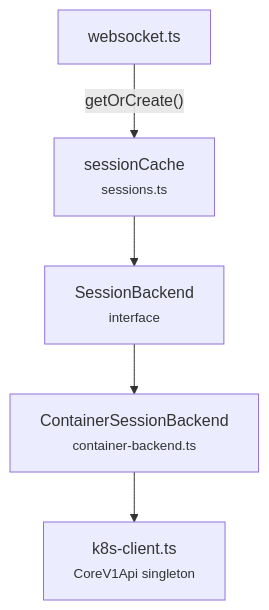
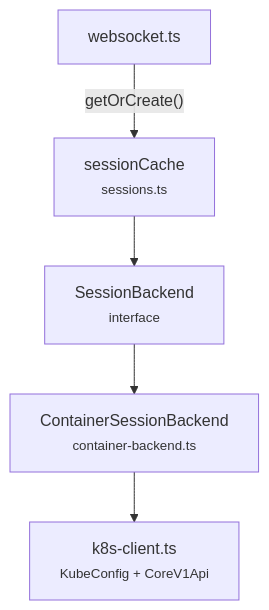
The third of 4 diagrams in docs/architecture/websocket-sessions.md (sigilmakes/goldilocks-app), drawn with Mermaid before and after one commit. The commit also changed other lines of this file and 11 other files, not shown here.

First line of the commit message:
docs: update all docs for k8s-only architecture

````diff
--- a/docs/architecture/websocket-sessions.md
+++ b/docs/architecture/websocket-sessions.md
@@ -89,13 +89,13 @@
 ```mermaid
 graph TD
     WSHandler["websocket.ts"]
     Cache["sessionCache<br/><small>sessions.ts</small>"]
     Backend["SessionBackend<br/><small>interface</small>"]
     Container["ContainerSessionBackend<br/><small>container-backend.ts</small>"]
-    K8s["k8s-client.ts<br/><small>CoreV1Api singleton</small>"]
+    K8sClient["k8s-client.ts<br/><small>KubeConfig + CoreV1Api</small>"]
 
     WSHandler -->|"getOrCreate()"| Cache
     Cache --> Backend
     Backend --> Container
-    Container --> K8s
+    Container --> K8sClient
 ```
````
